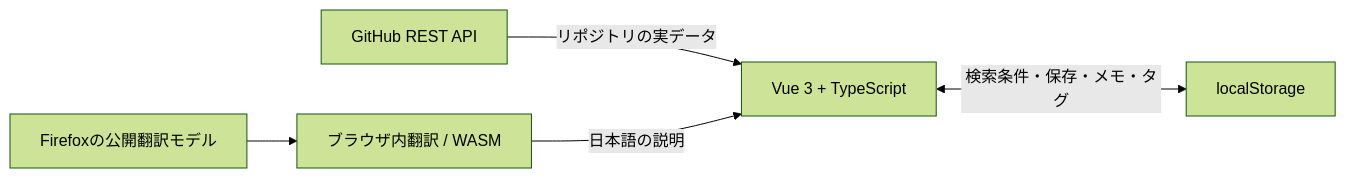
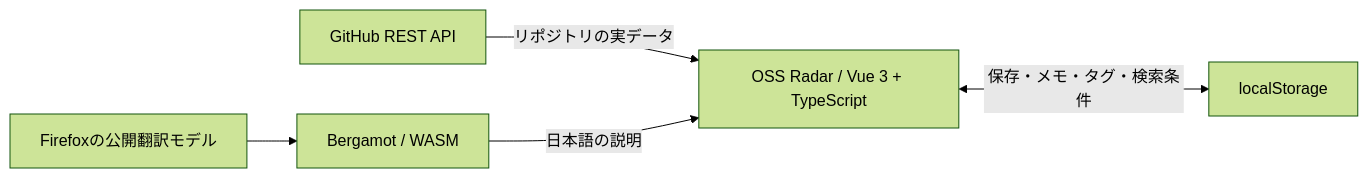
The diagram in README.md (taku0193/github-oss-radar), drawn with Mermaid (forest theme) before and after one commit. The commit also changed other lines of this file and 1 other file, not shown here.

Commit message:
docs: redesign README with radar cover and animated product showcase

````diff
--- a/README.md
+++ b/README.md
@@ -116,7 +113,7 @@
 ```mermaid
 flowchart LR
-  GitHub["GitHub REST API"] -->|リポジトリの実データ| App["Vue 3 + TypeScript"]
-  Models["Firefoxの公開翻訳モデル"] --> Worker["ブラウザ内翻訳 / WASM"]
+  GitHub["GitHub REST API"] -->|リポジトリの実データ| App["OSS Radar / Vue 3 + TypeScript"]
+  Models["Firefoxの公開翻訳モデル"] --> Worker["Bergamot / WASM"]
   Worker -->|日本語の説明| App
-  App <-->|検索条件・保存・メモ・タグ| Storage["localStorage"]
+  App <-->|保存・メモ・タグ・検索条件| Storage["localStorage"]
 ```
````
